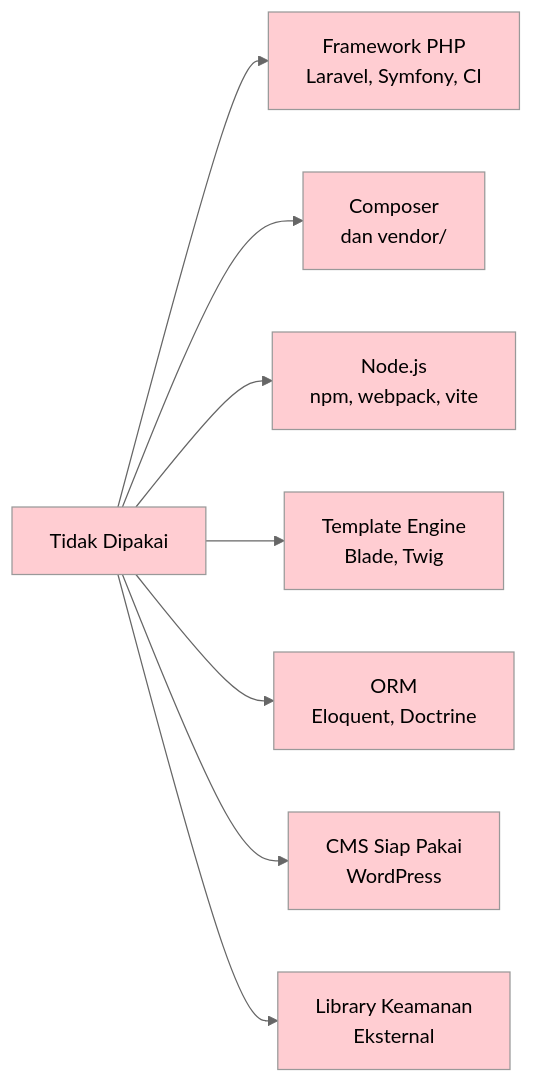
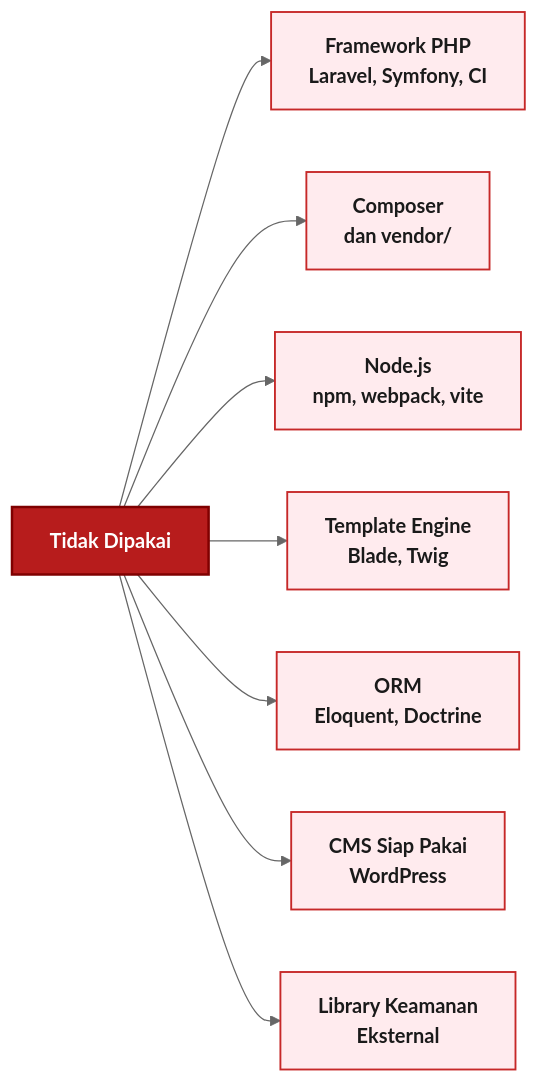
Before and after one commit to sekarpratama/project1: the fourth of 19 diagrams in README.md, drawn with Mermaid (neutral theme). The commit also changed other lines of this file, not shown here.

````diff
--- a/README.md
+++ b/README.md
@@ -142,19 +152,23 @@
 ```mermaid
 flowchart LR
-    A["Tidak Dipakai"] --> B["Framework PHP<br/>Laravel, Symfony, CI"]
-    A --> C["Composer<br/>dan vendor/"]
-    A --> D["Node.js<br/>npm, webpack, vite"]
-    A --> E["Template Engine<br/>Blade, Twig"]
-    A --> F["ORM<br/>Eloquent, Doctrine"]
-    A --> G["CMS Siap Pakai<br/>WordPress"]
-    A --> H["Library Keamanan<br/>Eksternal"]
+    A["Tidak Dipakai"]:::root
 
-    style A fill:#ffcdd2
-    style B fill:#ffcdd2
-    style C fill:#ffcdd2
-    style D fill:#ffcdd2
-    style E fill:#ffcdd2
-    style F fill:#ffcdd2
-    style G fill:#ffcdd2
-    style H fill:#ffcdd2
+    B["Framework PHP<br/>Laravel, Symfony, CI"]:::no
+    C["Composer<br/>dan vendor/"]:::no
+    D["Node.js<br/>npm, webpack, vite"]:::no
+    E["Template Engine<br/>Blade, Twig"]:::no
+    F["ORM<br/>Eloquent, Doctrine"]:::no
+    G["CMS Siap Pakai<br/>WordPress"]:::no
+    H["Library Keamanan<br/>Eksternal"]:::no
+
+    A --> B
+    A --> C
+    A --> D
+    A --> E
+    A --> F
+    A --> G
+    A --> H
+
+    classDef root fill:#b71c1c,stroke:#7f0000,stroke-width:2px,color:#ffffff,font-weight:bold
+    classDef no fill:#ffebee,stroke:#c62828,stroke-width:1.5px,color:#1a1a1a
 ```
````
